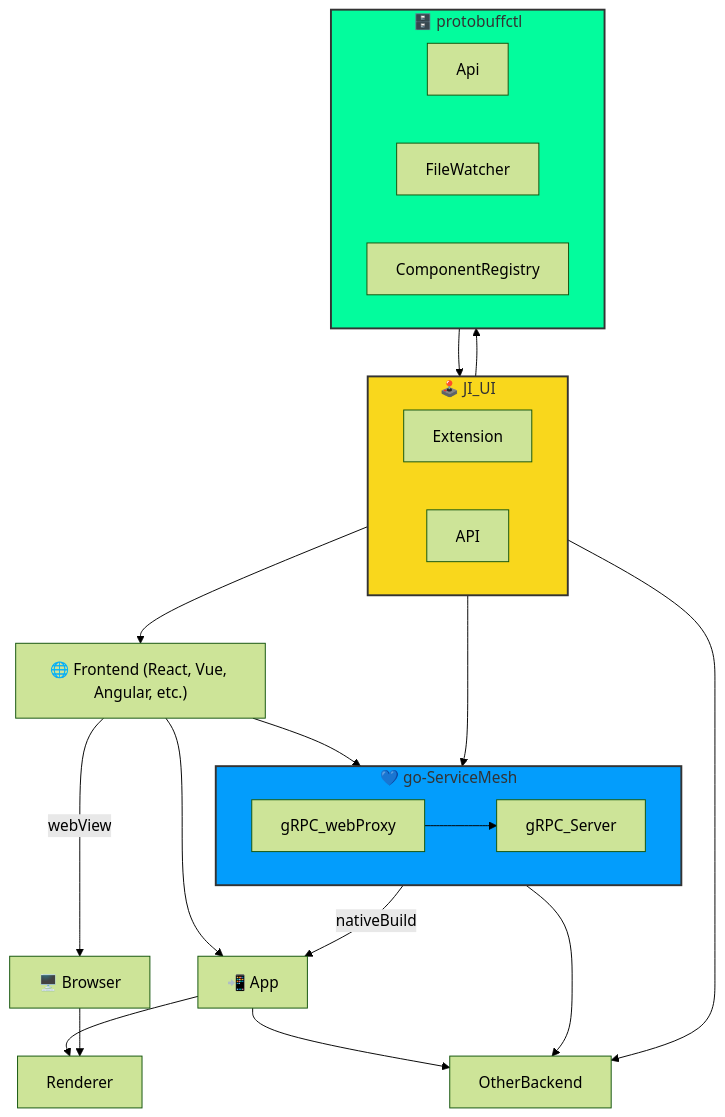
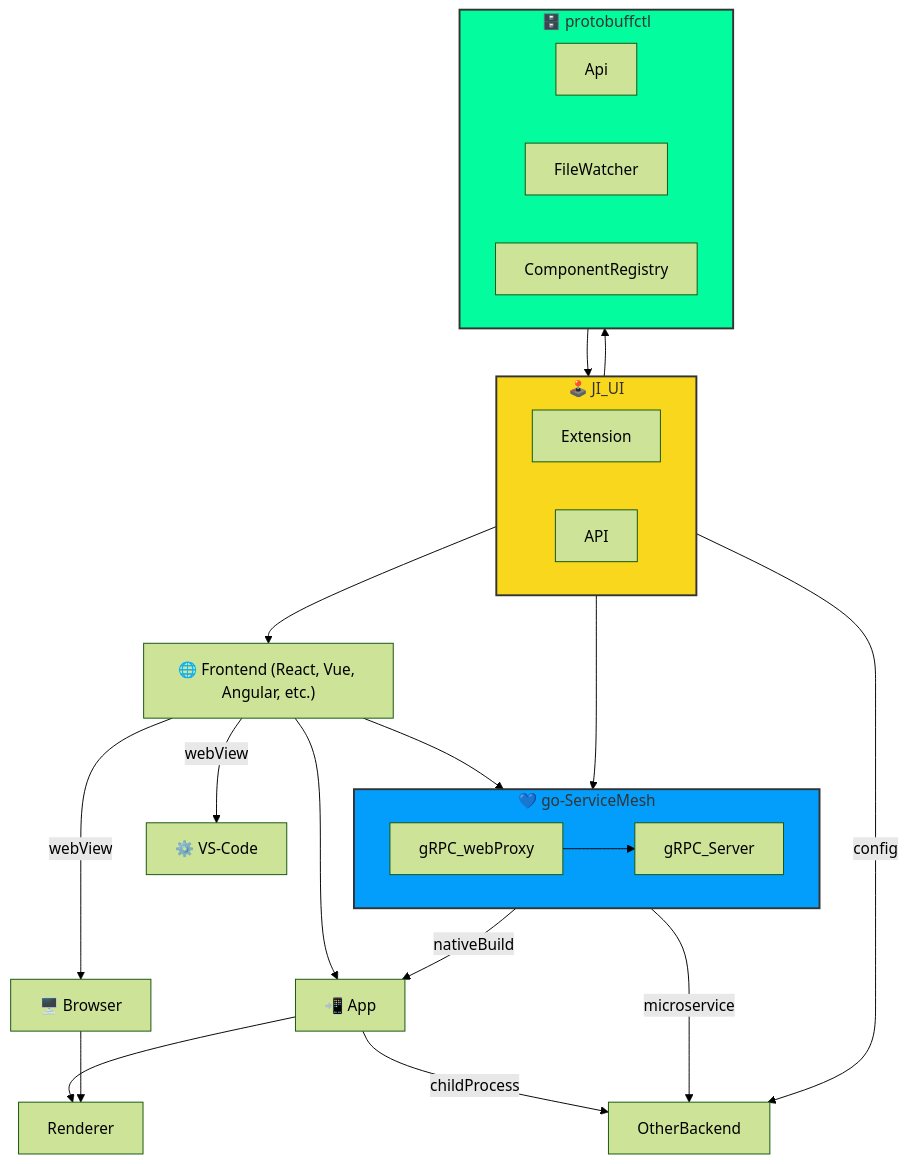
Before and after one commit to ji-podhead/ji_ui: the diagram in README.md, drawn with Mermaid (forest theme).

````diff
--- a/README.md
+++ b/README.md
@@ -83,38 +83,39 @@
 ```mermaid
 graph TD;
     Frontend["🌐 Frontend (React, Vue, Angular, etc.)"] --> go_backend;
     Frontend -->|webView| webView[🖥️ Browser]
+Frontend -->|webView| code[⚙️ VS-Code]
     go_backend -->|nativeBuild| nativeBuild[📲 App]
 	nativeBuild--> Renderer;
 	webView-->Renderer;
     Frontend-->nativeBuild;
-    nativeBuild-->OtherBackend;
-    go_backend --> OtherBackend;
+    nativeBuild-->|childProcess|OtherBackend;
+    go_backend --> |microservice|OtherBackend;
     
     JI_UI --> go_backend;
     JI_UI --> protobuffctl;
     protobuffctl --> JI_UI;
     JI_UI --> Frontend;
-    JI_UI --> OtherBackend;
+    JI_UI --> |config| OtherBackend;
     
     subgraph go_backend [💙 go-ServiceMesh]
         gRPC_webProxy --> gRPC_Server;
         gRPC_Server;
     end
 	subgraph JI_UI [🕹️ JI_UI]
 Extension;
 API;
 end
 
     subgraph protobuffctl [🗄️ protobuffctl]
         Api;
         FileWatcher;
         ComponentRegistry;
         FileWatcher;
     end
 
     style JI_UI fill:#f9d71c,stroke:#333,stroke-width:2px
     style go_backend fill:#039dfc,stroke:#333,stroke-width:2px
     style protobuffctl fill:#03fc9d,stroke:#333,stroke-width:2px
 
 ```
````
